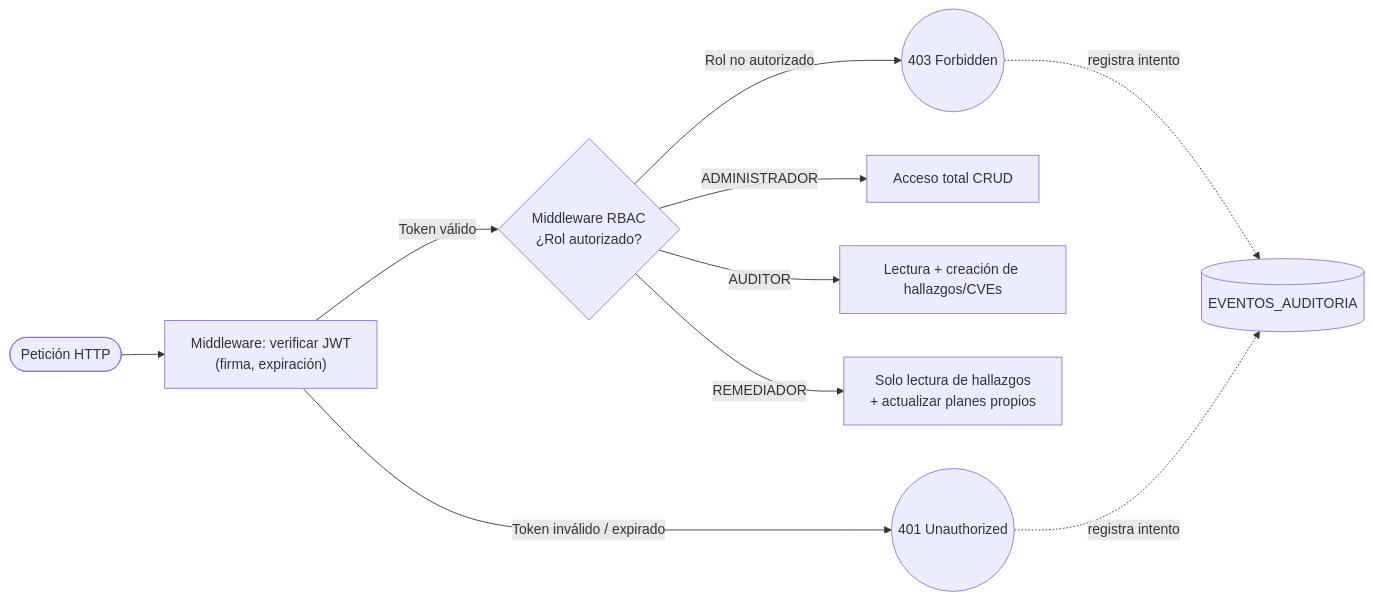
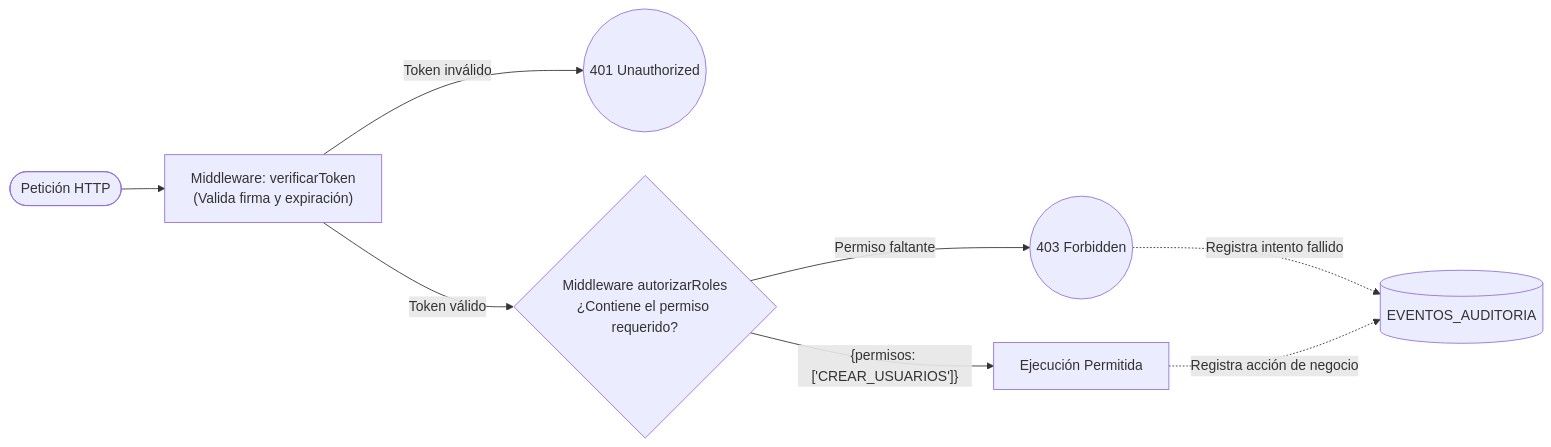
Before and after one commit to 3D74R08/VulnTrack: the fourth of 4 diagrams in README.md, drawn with Mermaid. The commit also changed other lines of this file, not shown here.

````diff
--- a/README.md
+++ b/README.md
@@ -226,14 +202,12 @@
 ```mermaid
 graph LR
-    Req(["Petición HTTP"]) --> A["Middleware: verificar JWT<br/>(firma, expiración)"]
-    A -->|"Token inválido / expirado"| F1(("401 Unauthorized"))
-    A -->|"Token válido"| B{"Middleware RBAC<br/>¿Rol autorizado?"}
+    Req(["Petición HTTP"]) --> A["Middleware: verificarToken<br/>(Valida firma y expiración)"]
+    A -->|"Token inválido"| F1(("401 Unauthorized"))
+    A -->|"Token válido"| B{"Middleware autorizarRoles<br/>¿Contiene el permiso requerido?"}
 
-    B -->|"ADMINISTRADOR"| C["Acceso total CRUD"]
-    B -->|"AUDITOR"| D["Lectura + creación de hallazgos/CVEs"]
-    B -->|"REMEDIADOR"| E["Solo lectura de hallazgos<br/>+ actualizar planes propios"]
-    B -->|"Rol no autorizado"| F2(("403 Forbidden"))
+    B -->|"{permisos: ['CREAR_USUARIOS']}"| C["Ejecución Permitida"]
+    B -->|"Permiso faltante"| F2(("403 Forbidden"))
 
-    F2 -.->|"registra intento"| Audit[("EVENTOS_AUDITORIA")]
-    F1 -.->|"registra intento"| Audit
+    F2 -.->|"Registra intento fallido"| Audit[("EVENTOS_AUDITORIA")]
+    C -.->|"Registra acción de negocio"| Audit
 ```
````
